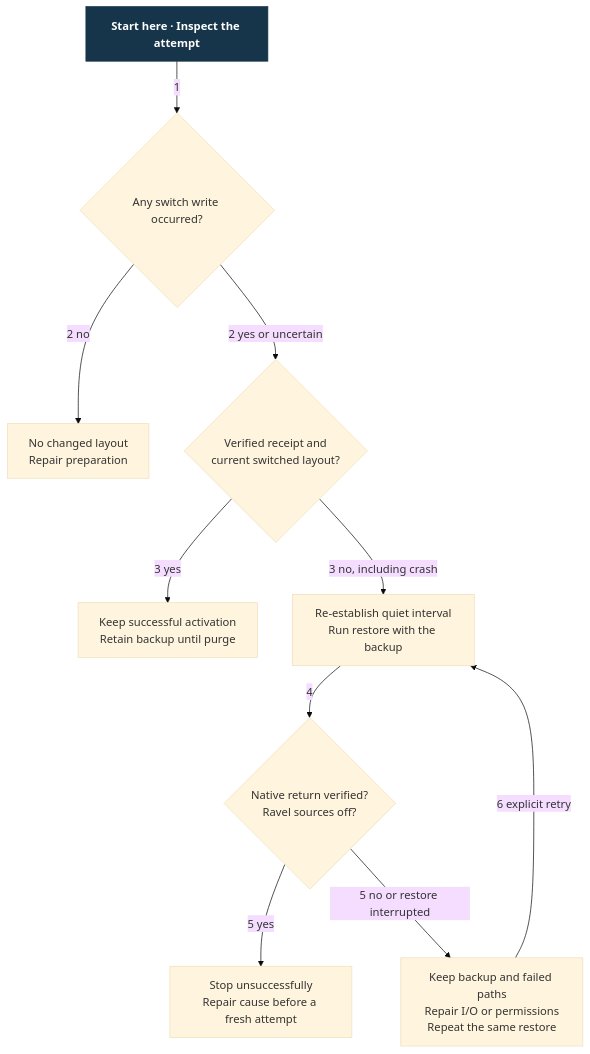
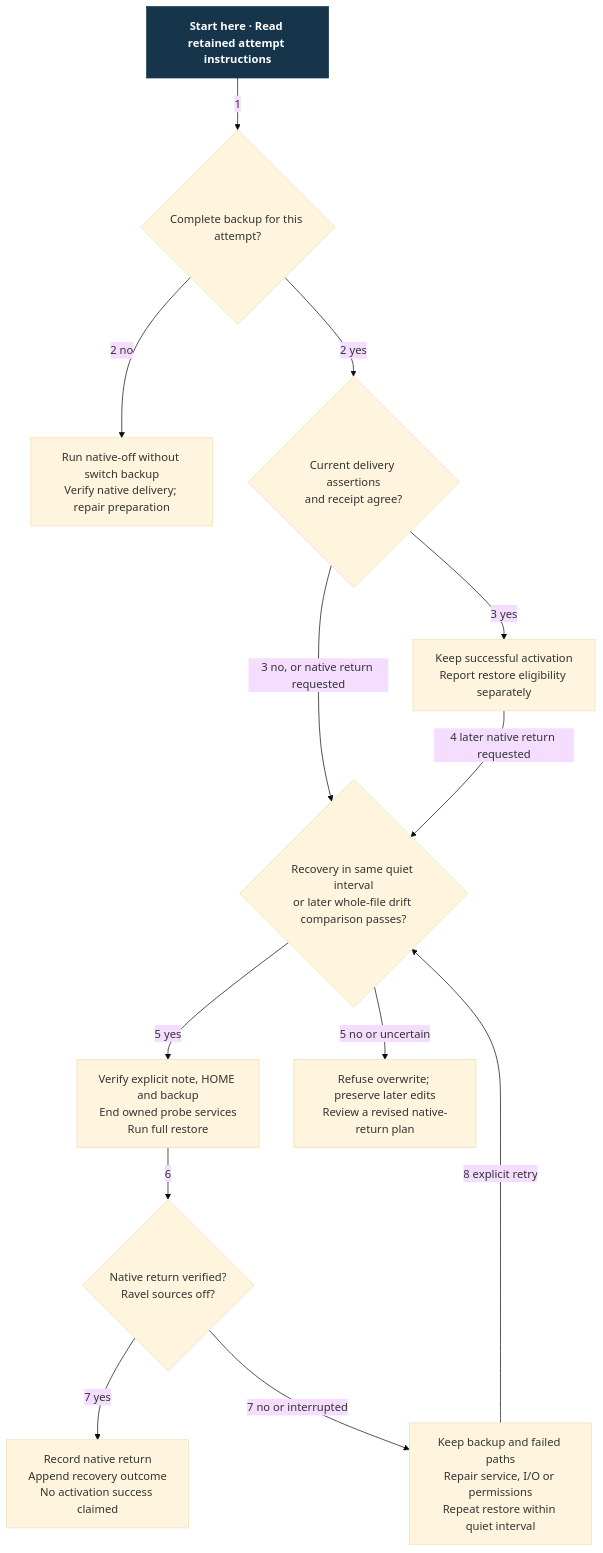
The diagram in docs/design/harness-selection-and-execution/owner-switch-states.mmd (Linkuistics/grove), drawn with Mermaid (base theme) before and after one commit. The commit also changed 11 other files, not shown here.

First line of the commit message:
Integrate owner switch design review (owner-switch-simplification-k263)

```diff
--- a/docs/design/harness-selection-and-execution/owner-switch-states.mmd
+++ b/docs/design/harness-selection-and-execution/owner-switch-states.mmd
@@ -1,21 +1,26 @@
 flowchart TB
-    A["Start here · Inspect the attempt"]
-    B{"Any switch write occurred?"}
-    C["No changed layout<br/>Repair preparation"]
-    D{"Verified receipt and<br/>current switched layout?"}
-    E["Keep successful activation<br/>Retain backup until purge"]
-    F["Re-establish quiet interval<br/>Run restore with the backup"]
+    A["Start here · Read retained attempt instructions"]
+    B{"Complete backup for this attempt?"}
+    C["Run native-off without switch backup<br/>Verify native delivery; repair preparation"]
+    D{"Current delivery assertions<br/>and receipt agree?"}
+    E["Keep successful activation<br/>Report restore eligibility separately"]
+    Q{"Recovery in same quiet interval<br/>or later whole-file drift comparison passes?"}
+    F["Verify explicit note, HOME and backup<br/>End owned probe services<br/>Run full restore"]
     G{"Native return verified?<br/>Ravel sources off?"}
-    H["Stop unsuccessfully<br/>Repair cause before a fresh attempt"]
-    I["Keep backup and failed paths<br/>Repair I/O or permissions<br/>Repeat the same restore"]
+    H["Record native return<br/>Append recovery outcome<br/>No activation success claimed"]
+    I["Keep backup and failed paths<br/>Repair service, I/O or permissions<br/>Repeat restore within quiet interval"]
+    N["Refuse overwrite; preserve later edits<br/>Review a revised native-return plan"]
     A -->|"1"| B
     B -->|"2 no"| C
-    B -->|"2 yes or uncertain"| D
+    B -->|"2 yes"| D
     D -->|"3 yes"| E
-    D -->|"3 no, including crash"| F
-    F -->|"4"| G
-    G -->|"5 yes"| H
-    G -->|"5 no or restore interrupted"| I
-    I -->|"6 explicit retry"| F
+    D -->|"3 no, or native return requested"| Q
+    E -->|"4 later native return requested"| Q
+    Q -->|"5 yes"| F
+    Q -->|"5 no or uncertain"| N
+    F -->|"6"| G
+    G -->|"7 yes"| H
+    G -->|"7 no or interrupted"| I
+    I -->|"8 explicit retry"| Q
     classDef start fill:#16354a,color:#fff,stroke:#16354a,font-weight:bold
     class A start
```
